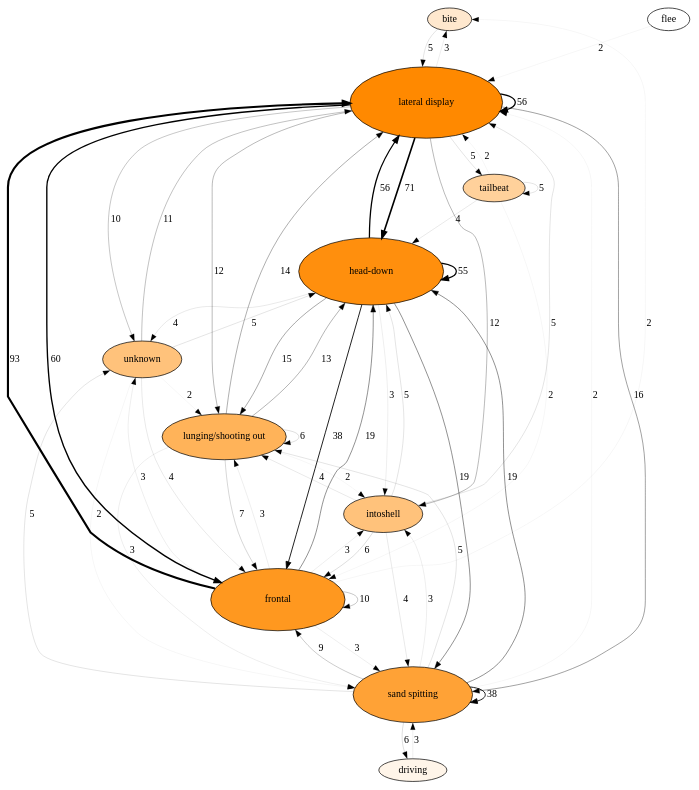
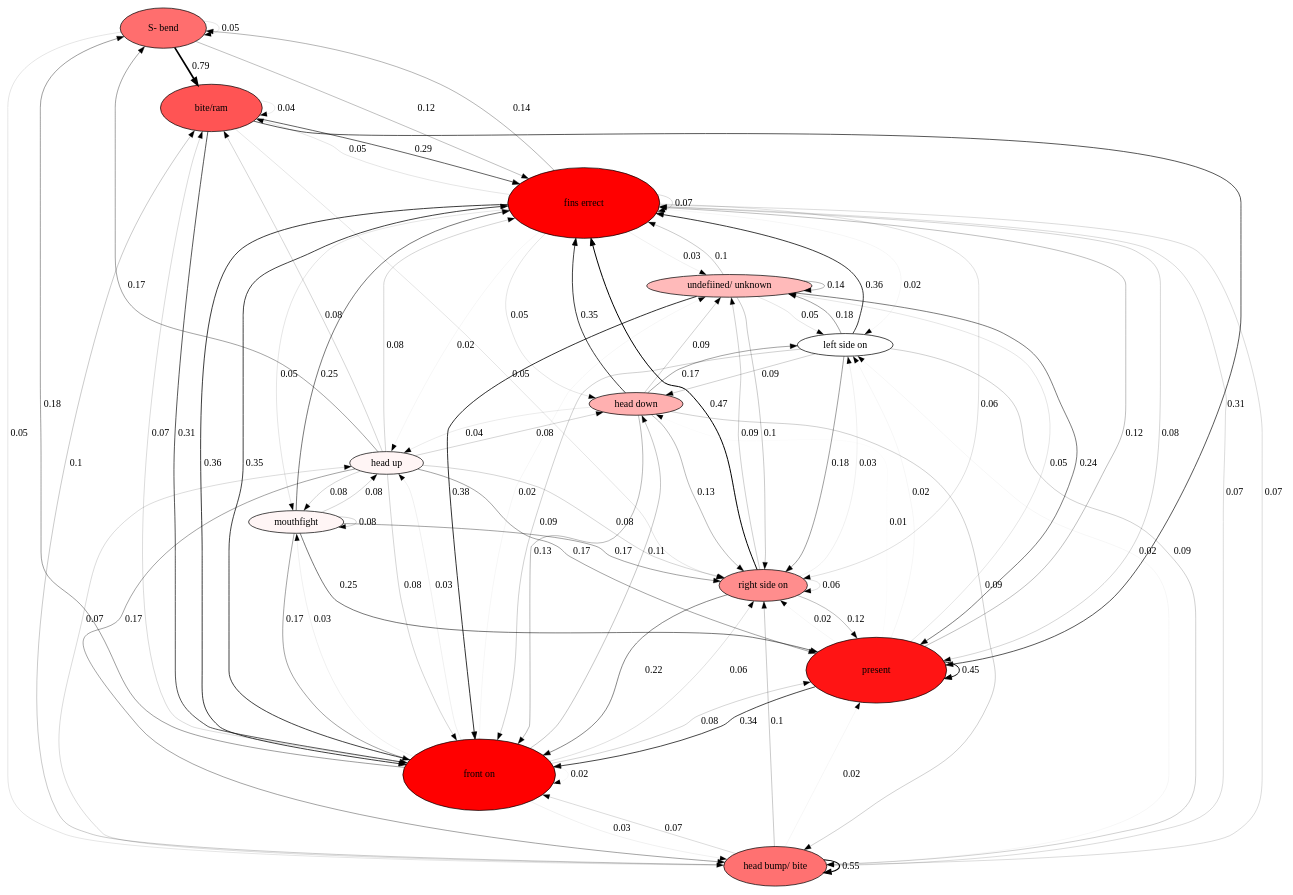
Before and after one commit to nicolkraus/AnalyzeBehavior: the diagram in images/transitions.gv, drawn with Graphviz. The commit also changed 6 other files, not shown here.

```diff
--- a/images/transitions.gv
+++ b/images/transitions.gv
@@ -1,68 +1,101 @@
 digraph  {
-bite [fillcolor="0.09 0.19057187451785096 1", height="0.2668006243249913", style=filled, width="0.5717156235535529"];
-"lateral display" [fillcolor="0.09 1.0 1", height="1.4", style=filled, width="3.0"];
-driving [fillcolor="0.09 0.08432939788194696 1", height="0.11806115703472574", style=filled, width="0.2529881936458409"];
-"sand spitting" [fillcolor="0.09 0.7846659352428846 1", height="1.0985323093400383", style=filled, width="2.353997805728654"];
-flee [fillcolor="0.09 0.0 1", height="0.0", style=filled, width="0.0"];
-frontal [fillcolor="0.09 0.8775811704143326 1", height="1.2286136385800654", style=filled, width="2.6327435112429978"];
-"head-down" [fillcolor="0.09 0.9471239044192692 1", height="1.3259734661869769", style=filled, width="2.8413717132578076"];
-intoshell [fillcolor="0.09 0.5168155714981202 1", height="0.7235418000973682", style=filled, width="1.5504467144943606"];
-"lunging/shooting out" [fillcolor="0.09 0.6475547860258603 1", height="0.9065767004362043", style=filled, width="1.9426643580775806"];
-unknown [fillcolor="0.09 0.5168155714981202 1", height="0.7235418000973682", style=filled, width="1.5504467144943606"];
-tailbeat [fillcolor="0.09 0.3893009469266594 1", height="0.5450213256973231", style=filled, width="1.1679028407799783"];
-bite -> "lateral display"  [label=5, penwidth="0.16129032258064516"];
-"lateral display" -> bite  [label=3, penwidth="0.0967741935483871"];
-"lateral display" -> frontal  [label=60, penwidth="1.935483870967742"];
-"lateral display" -> "head-down"  [label=71, penwidth="2.290322580645161"];
-"lateral display" -> intoshell  [label=12, penwidth="0.3870967741935484"];
-"lateral display" -> "lateral display"  [label=56, penwidth="1.806451612903226"];
-"lateral display" -> "lunging/shooting out"  [label=12, penwidth="0.3870967741935484"];
-"lateral display" -> "sand spitting"  [label=16, penwidth="0.5161290322580645"];
-"lateral display" -> tailbeat  [label=5, penwidth="0.16129032258064516"];
-"lateral display" -> unknown  [label=10, penwidth="0.3225806451612903"];
-driving -> "sand spitting"  [label=3, penwidth="0.0967741935483871"];
-"sand spitting" -> driving  [label=6, penwidth="0.1935483870967742"];
-"sand spitting" -> frontal  [label=9, penwidth="0.29032258064516125"];
-"sand spitting" -> "head-down"  [label=19, penwidth="0.6129032258064516"];
-"sand spitting" -> intoshell  [label=3, penwidth="0.0967741935483871"];
-"sand spitting" -> "lateral display"  [label=2, penwidth="0.06451612903225806"];
-"sand spitting" -> "lunging/shooting out"  [label=5, penwidth="0.16129032258064516"];
-"sand spitting" -> "sand spitting"  [label=38, penwidth="1.2258064516129032"];
-"sand spitting" -> unknown  [label=5, penwidth="0.16129032258064516"];
-flee -> "lateral display"  [label=2, penwidth="0.06451612903225806"];
-frontal -> bite  [label=2, penwidth="0.06451612903225806"];
-frontal -> frontal  [label=10, penwidth="0.3225806451612903"];
-frontal -> "head-down"  [label=19, penwidth="0.6129032258064516"];
-frontal -> intoshell  [label=3, penwidth="0.0967741935483871"];
-frontal -> "lateral display"  [label=93, penwidth="3.0"];
-frontal -> "lunging/shooting out"  [label=3, penwidth="0.0967741935483871"];
-frontal -> "sand spitting"  [label=3, penwidth="0.0967741935483871"];
-frontal -> unknown  [label=3, penwidth="0.0967741935483871"];
-"head-down" -> frontal  [label=38, penwidth="1.2258064516129032"];
-"head-down" -> "head-down"  [label=55, penwidth="1.774193548387097"];
-"head-down" -> intoshell  [label=3, penwidth="0.0967741935483871"];
-"head-down" -> "lateral display"  [label=56, penwidth="1.806451612903226"];
-"head-down" -> "lunging/shooting out"  [label=15, penwidth="0.4838709677419355"];
-"head-down" -> "sand spitting"  [label=19, penwidth="0.6129032258064516"];
-"head-down" -> unknown  [label=4, penwidth="0.12903225806451613"];
-intoshell -> frontal  [label=6, penwidth="0.1935483870967742"];
-intoshell -> "head-down"  [label=5, penwidth="0.16129032258064516"];
-intoshell -> "lateral display"  [label=5, penwidth="0.16129032258064516"];
-intoshell -> "lunging/shooting out"  [label=4, penwidth="0.12903225806451613"];
-intoshell -> "sand spitting"  [label=4, penwidth="0.12903225806451613"];
-"lunging/shooting out" -> frontal  [label=7, penwidth="0.22580645161290325"];
-"lunging/shooting out" -> "head-down"  [label=13, penwidth="0.4193548387096774"];
-"lunging/shooting out" -> intoshell  [label=2, penwidth="0.06451612903225806"];
-"lunging/shooting out" -> "lateral display"  [label=14, penwidth="0.4516129032258065"];
-"lunging/shooting out" -> "lunging/shooting out"  [label=6, penwidth="0.1935483870967742"];
-"lunging/shooting out" -> "sand spitting"  [label=3, penwidth="0.0967741935483871"];
-unknown -> frontal  [label=4, penwidth="0.12903225806451613"];
-unknown -> "head-down"  [label=5, penwidth="0.16129032258064516"];
-unknown -> "lateral display"  [label=11, penwidth="0.3548387096774194"];
-unknown -> "lunging/shooting out"  [label=2, penwidth="0.06451612903225806"];
-unknown -> "sand spitting"  [label=2, penwidth="0.06451612903225806"];
-tailbeat -> frontal  [label=2, penwidth="0.06451612903225806"];
-tailbeat -> "head-down"  [label=4, penwidth="0.12903225806451613"];
-tailbeat -> "lateral display"  [label=2, penwidth="0.06451612903225806"];
-tailbeat -> tailbeat  [label=5, penwidth="0.16129032258064516"];
+"S- bend" [fillcolor="0.0 0.5665974982674701 1", height="0.793236497574458", style=filled, width="1.6997924948024101"];
+"bite/ram" [fillcolor="0.0 0.668891847303506 1", height="0.9364485862249083", style=filled, width="2.0066755419105182"];
+"fins errect" [fillcolor="0.0 0.9965793562279595 1", height="1.395211098719143", style=filled, width="2.989738068683878"];
+"head bump/ bite" [fillcolor="0.0 0.5568180853686706 1", height="0.7795453195161388", style=filled, width="1.6704542561060118"];
+"front on" [fillcolor="0.0 1.0 1", height="1.4", style=filled, width="3.0"];
+present [fillcolor="0.0 0.9214918313517366 1", height="1.290088563892431", style=filled, width="2.76447549405521"];
+"right side on" [fillcolor="0.0 0.44380083637217843 1", height="0.6213211709210498", style=filled, width="1.3314025091165353"];
+"head down" [fillcolor="0.0 0.30655045207285186 1", height="0.4291706329019926", style=filled, width="0.9196513562185555"];
+"head up" [fillcolor="0.0 0.03616243922264275 1", height="0.05062741491169984", style=filled, width="0.10848731766792824"];
+"left side on" [fillcolor="0.0 0.0 1", height="0.0", style=filled, width="0.0"];
+mouthfight [fillcolor="0.0 0.03616243922264275 1", height="0.05062741491169984", style=filled, width="0.10848731766792824"];
+"undefiined/ unknown" [fillcolor="0.0 0.26874204684864295 1", height="0.3762388655881001", style=filled, width="0.8062261405459288"];
+"S- bend" -> "S- bend"  [label="0.05", penwidth="0.15000000000000002"];
+"S- bend" -> "bite/ram"  [label="0.79", penwidth="2.37"];
+"S- bend" -> "fins errect"  [label="0.12", penwidth="0.36"];
+"S- bend" -> "head bump/ bite"  [label="0.05", penwidth="0.15000000000000002"];
+"bite/ram" -> "bite/ram"  [label="0.04", penwidth="0.12"];
+"bite/ram" -> "fins errect"  [label="0.29", penwidth="0.8699999999999999"];
+"bite/ram" -> "front on"  [label="0.31", penwidth="0.9299999999999999"];
+"bite/ram" -> present  [label="0.31", penwidth="0.9299999999999999"];
+"bite/ram" -> "right side on"  [label="0.05", penwidth="0.15000000000000002"];
+"fins errect" -> "S- bend"  [label="0.14", penwidth="0.42000000000000004"];
+"fins errect" -> "bite/ram"  [label="0.05", penwidth="0.15000000000000002"];
+"fins errect" -> "fins errect"  [label="0.07", penwidth="0.21000000000000002"];
+"fins errect" -> "front on"  [label="0.36", penwidth="1.08"];
+"fins errect" -> "head bump/ bite"  [label="0.07", penwidth="0.21000000000000002"];
+"fins errect" -> "head down"  [label="0.05", penwidth="0.15000000000000002"];
+"fins errect" -> "head up"  [label="0.02", penwidth="0.06"];
+"fins errect" -> "left side on"  [label="0.02", penwidth="0.06"];
+"fins errect" -> mouthfight  [label="0.05", penwidth="0.15000000000000002"];
+"fins errect" -> present  [label="0.08", penwidth="0.24"];
+"fins errect" -> "right side on"  [label="0.06", penwidth="0.18"];
+"fins errect" -> "undefiined/ unknown"  [label="0.03", penwidth="0.09"];
+"head bump/ bite" -> "bite/ram"  [label="0.1", penwidth="0.30000000000000004"];
+"head bump/ bite" -> "fins errect"  [label="0.07", penwidth="0.21000000000000002"];
+"head bump/ bite" -> "front on"  [label="0.07", penwidth="0.21000000000000002"];
+"head bump/ bite" -> "head bump/ bite"  [label="0.55", penwidth="1.6500000000000001"];
+"head bump/ bite" -> "head up"  [label="0.07", penwidth="0.21000000000000002"];
+"head bump/ bite" -> "left side on"  [label="0.02", penwidth="0.06"];
+"head bump/ bite" -> present  [label="0.02", penwidth="0.06"];
+"head bump/ bite" -> "right side on"  [label="0.1", penwidth="0.30000000000000004"];
+"front on" -> "S- bend"  [label="0.18", penwidth="0.54"];
+"front on" -> "bite/ram"  [label="0.07", penwidth="0.21000000000000002"];
+"front on" -> "fins errect"  [label="0.35", penwidth="1.0499999999999998"];
+"front on" -> "front on"  [label="0.02", penwidth="0.06"];
+"front on" -> "head bump/ bite"  [label="0.03", penwidth="0.09"];
+"front on" -> "head down"  [label="0.11", penwidth="0.33"];
+"front on" -> "head up"  [label="0.03", penwidth="0.09"];
+"front on" -> mouthfight  [label="0.03", penwidth="0.09"];
+"front on" -> present  [label="0.08", penwidth="0.24"];
+"front on" -> "right side on"  [label="0.06", penwidth="0.18"];
+"front on" -> "undefiined/ unknown"  [label="0.02", penwidth="0.06"];
+present -> "fins errect"  [label="0.12", penwidth="0.36"];
+present -> "front on"  [label="0.34", penwidth="1.02"];
+present -> "head down"  [label="0.01", penwidth="0.03"];
+present -> "left side on"  [label="0.02", penwidth="0.06"];
+present -> present  [label="0.45", penwidth="1.35"];
+present -> "right side on"  [label="0.02", penwidth="0.06"];
+present -> "undefiined/ unknown"  [label="0.05", penwidth="0.15000000000000002"];
+"right side on" -> "fins errect"  [label="0.47", penwidth="1.41"];
+"right side on" -> "front on"  [label="0.22", penwidth="0.66"];
+"right side on" -> "left side on"  [label="0.03", penwidth="0.09"];
+"right side on" -> present  [label="0.12", penwidth="0.36"];
+"right side on" -> "right side on"  [label="0.06", penwidth="0.18"];
+"right side on" -> "undefiined/ unknown"  [label="0.09", penwidth="0.27"];
+"head down" -> "fins errect"  [label="0.35", penwidth="1.0499999999999998"];
+"head down" -> "front on"  [label="0.13", penwidth="0.39"];
+"head down" -> "head bump/ bite"  [label="0.09", penwidth="0.27"];
+"head down" -> "head up"  [label="0.04", penwidth="0.12"];
+"head down" -> "left side on"  [label="0.17", penwidth="0.51"];
+"head down" -> "right side on"  [label="0.13", penwidth="0.39"];
+"head down" -> "undefiined/ unknown"  [label="0.09", penwidth="0.27"];
+"head up" -> "S- bend"  [label="0.17", penwidth="0.51"];
+"head up" -> "bite/ram"  [label="0.08", penwidth="0.24"];
+"head up" -> "fins errect"  [label="0.08", penwidth="0.24"];
+"head up" -> "front on"  [label="0.08", penwidth="0.24"];
+"head up" -> "head bump/ bite"  [label="0.17", penwidth="0.51"];
+"head up" -> "head down"  [label="0.08", penwidth="0.24"];
+"head up" -> mouthfight  [label="0.08", penwidth="0.24"];
+"head up" -> present  [label="0.17", penwidth="0.51"];
+"head up" -> "right side on"  [label="0.08", penwidth="0.24"];
+"left side on" -> "fins errect"  [label="0.36", penwidth="1.08"];
+"left side on" -> "front on"  [label="0.09", penwidth="0.27"];
+"left side on" -> "head bump/ bite"  [label="0.09", penwidth="0.27"];
+"left side on" -> "head down"  [label="0.09", penwidth="0.27"];
+"left side on" -> "right side on"  [label="0.18", penwidth="0.54"];
+"left side on" -> "undefiined/ unknown"  [label="0.18", penwidth="0.54"];
+mouthfight -> "fins errect"  [label="0.25", penwidth="0.75"];
+mouthfight -> "front on"  [label="0.17", penwidth="0.51"];
+mouthfight -> "head up"  [label="0.08", penwidth="0.24"];
+mouthfight -> mouthfight  [label="0.08", penwidth="0.24"];
+mouthfight -> present  [label="0.25", penwidth="0.75"];
+mouthfight -> "right side on"  [label="0.17", penwidth="0.51"];
+"undefiined/ unknown" -> "fins errect"  [label="0.1", penwidth="0.30000000000000004"];
+"undefiined/ unknown" -> "front on"  [label="0.38", penwidth="1.1400000000000001"];
+"undefiined/ unknown" -> "left side on"  [label="0.05", penwidth="0.15000000000000002"];
+"undefiined/ unknown" -> present  [label="0.24", penwidth="0.72"];
+"undefiined/ unknown" -> "right side on"  [label="0.1", penwidth="0.30000000000000004"];
+"undefiined/ unknown" -> "undefiined/ unknown"  [label="0.14", penwidth="0.42000000000000004"];
 }
```
